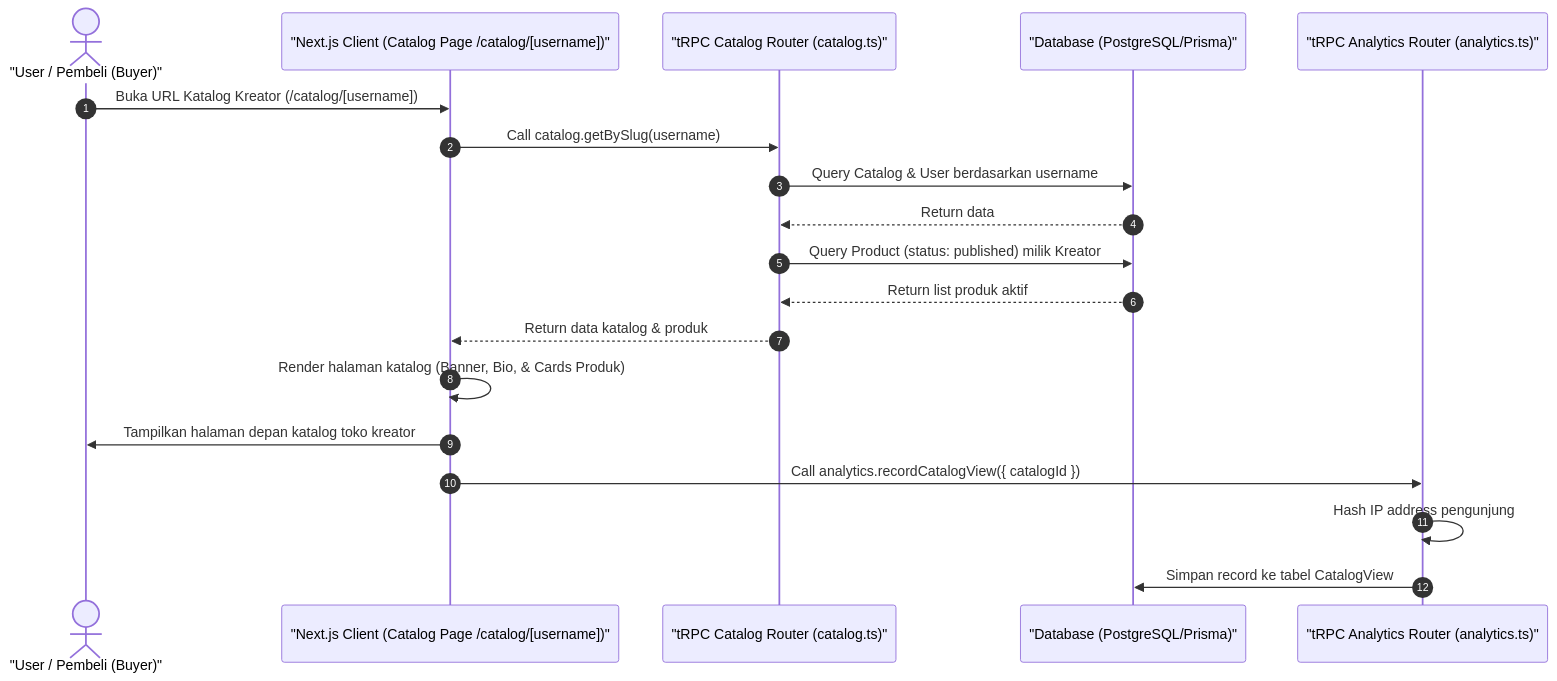
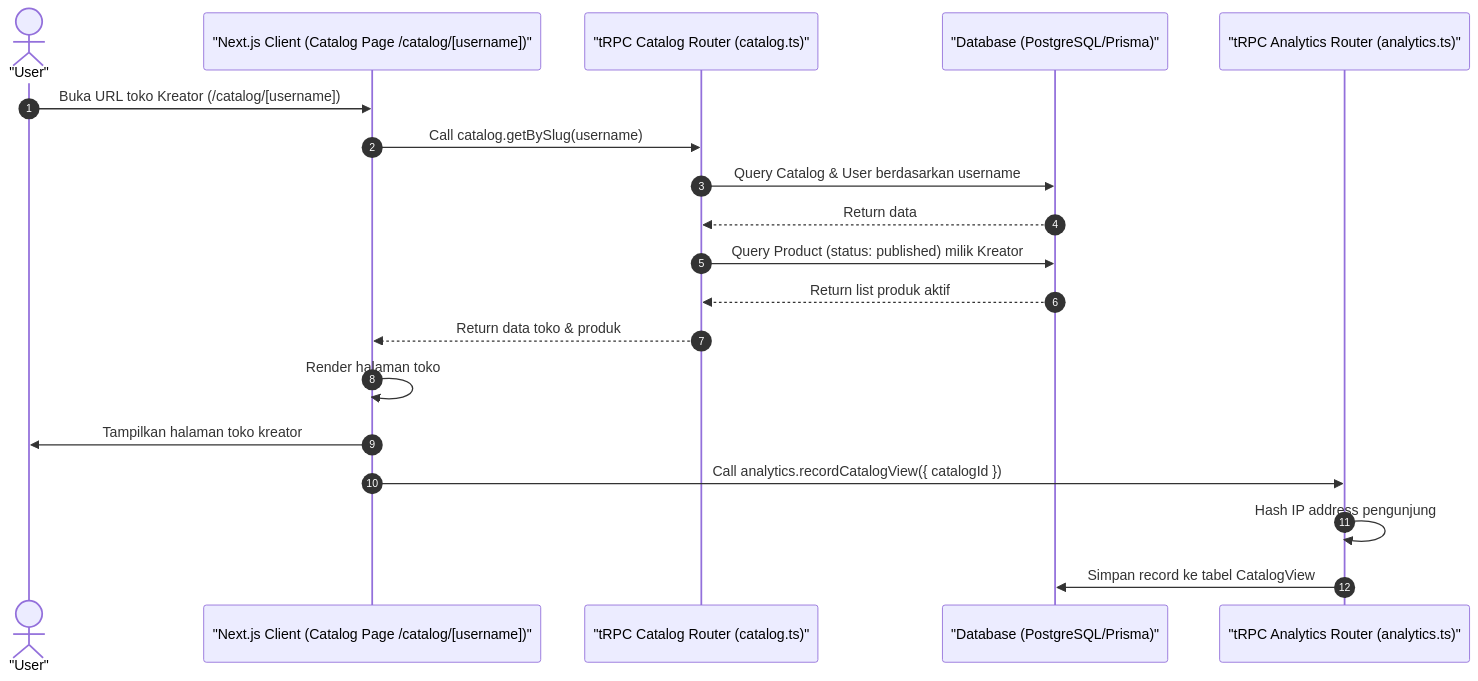
Before and after one commit to luputer/CuanIN: the diagram in docs/44-buyer-catalog-view.md, drawn with Mermaid. The commit also changed other lines of this file and 53 other files, not shown here.

````diff
--- a/docs/44-buyer-catalog-view.md
+++ b/docs/44-buyer-catalog-view.md
@@ -5,25 +5,25 @@
 ```mermaid
 sequenceDiagram
     autonumber
-    actor Buyer as "User / Pembeli (Buyer)"
+    actor User as "User"
     participant Client as "Next.js Client (Catalog Page /catalog/[username])"
     participant Server as "tRPC Catalog Router (catalog.ts)"
     participant DB as "Database (PostgreSQL/Prisma)"
     participant Analytics as "tRPC Analytics Router (analytics.ts)"
 
-    Buyer->>Client: Buka URL Katalog Kreator (/catalog/[username])
+    User->>Client: Buka URL toko Kreator (/catalog/[username])
     Client->>Server: Call catalog.getBySlug(username)
     Server->>DB: Query Catalog & User berdasarkan username
     DB-->>Server: Return data
     Server->>DB: Query Product (status: published) milik Kreator
     DB-->>Server: Return list produk aktif
-    Server-->>Client: Return data katalog & produk
-    Client->>Client: Render halaman katalog (Banner, Bio, & Cards Produk)
-    Client->>Buyer: Tampilkan halaman depan katalog toko kreator
+    Server-->>Client: Return data toko & produk
+    Client->>Client: Render halaman toko
+    Client->>User: Tampilkan halaman toko kreator
     
     %% Track View
     Client->>Analytics: Call analytics.recordCatalogView({ catalogId })
     Analytics->>Analytics: Hash IP address pengunjung
     Analytics->>DB: Simpan record ke tabel CatalogView
 
 ```
````
